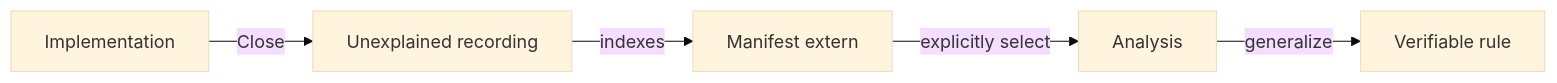
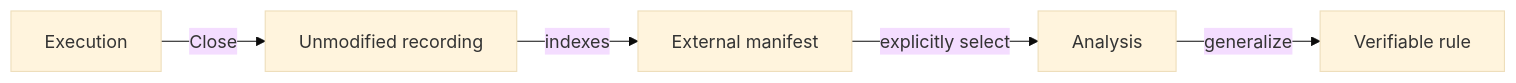
The diagram in docs/learning/ATF_Retention.md (crististefanita/atf_j4), drawn with Mermaid (base theme) before and after one commit. The commit also changed 126 other files, not shown here.

````diff
--- a/docs/learning/ATF_Retention.md
+++ b/docs/learning/ATF_Retention.md
@@ -9,7 +9,7 @@
 ```mermaid
 flowchart LR
-RUN[Implementation] -->|Close| RECORD[Unexplained recording]
-RECORD -->|indexes| MANIFEST[Manifest extern]
+RUN[Execution] -->|Close| RECORD[Unmodified recording]
+RECORD -->|indexes| MANIFEST[External manifest]
 MANIFEST -->|explicitly select| ANALYSIS[Analysis]
 ANALYSIS -->|generalize| RULE[Verifiable rule]
 ```
````
